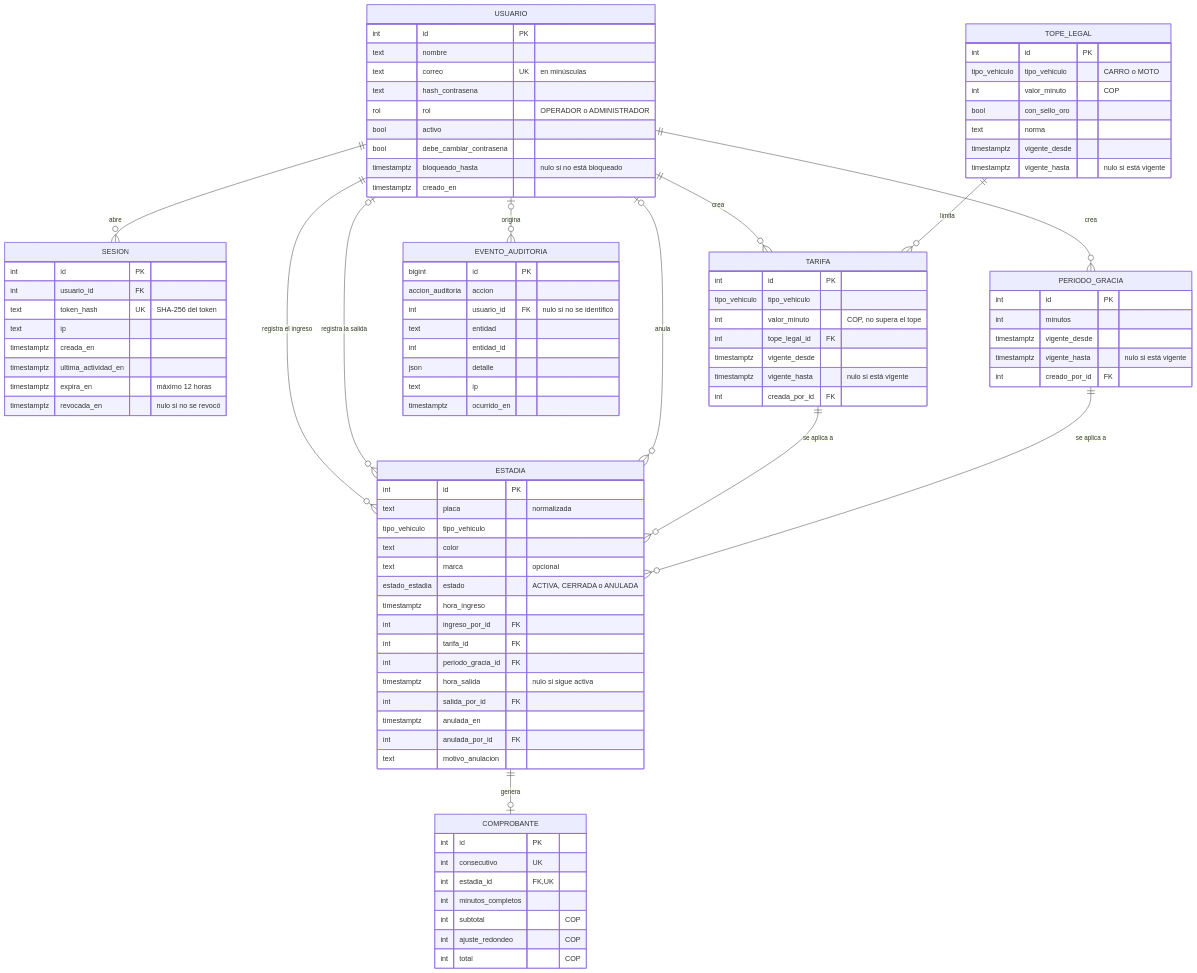
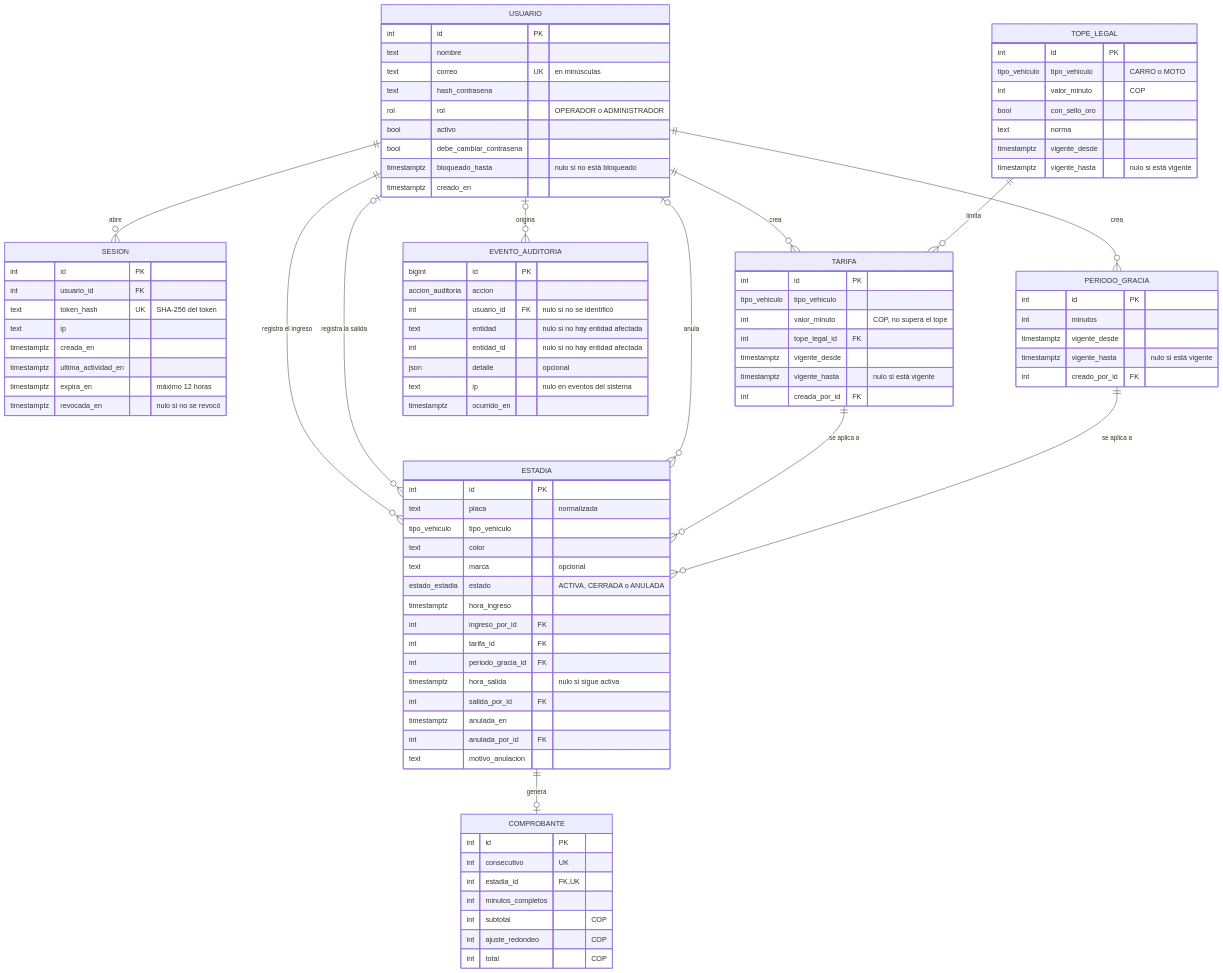
Before and after one commit to wrafael91/parkapp: the second of 2 diagrams in docs/modelo-datos.md, drawn with Mermaid. The commit also changed other lines of this file, not shown here.

```diff
--- a/docs/modelo-datos.md
+++ b/docs/modelo-datos.md
@@ -167,10 +167,10 @@
         bigint id PK
         accion_auditoria accion
         int usuario_id FK "nulo si no se identificó"
-        text entidad
-        int entidad_id
-        json detalle
-        text ip
+        text entidad "nulo si no hay entidad afectada"
+        int entidad_id "nulo si no hay entidad afectada"
+        json detalle "opcional"
+        text ip "nulo en eventos del sistema"
         timestamptz ocurrido_en
     }
     USUARIO ||--o{ SESION : "abre"
```
